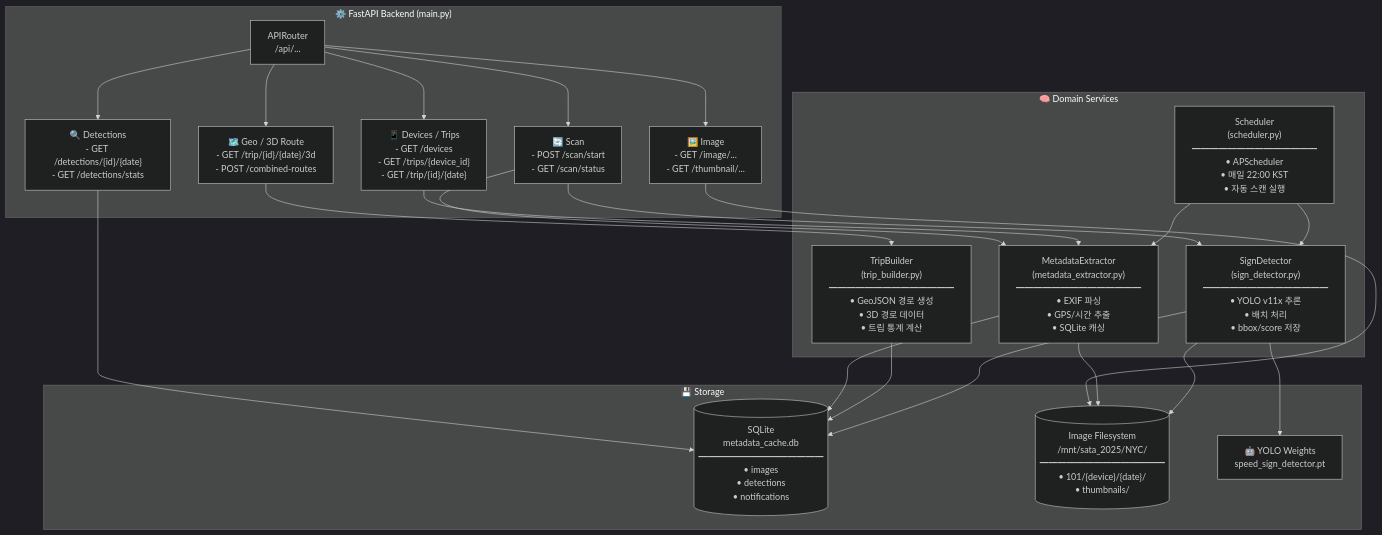
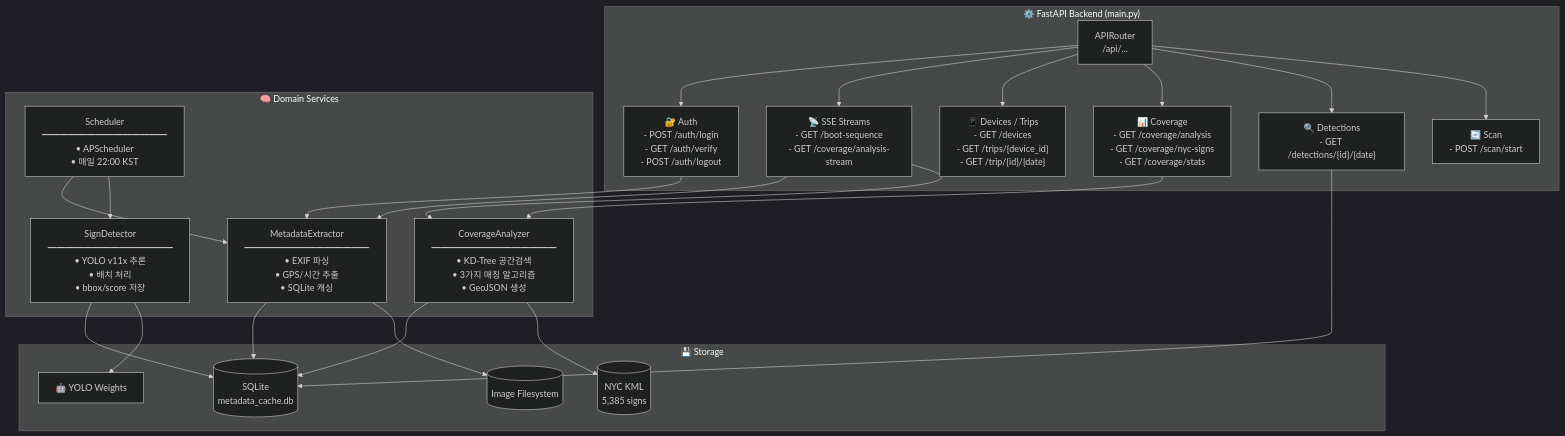
Before and after one commit to dareesoft/nyc-vehicle-tracker: the seventh of 9 diagrams in README.md, drawn with Mermaid (dark theme). The commit also changed other lines of this file and 8 other files, not shown here.

````diff
--- a/README.md
+++ b/README.md
@@ -222,41 +320,42 @@
 ```mermaid
 flowchart TB
     subgraph FastAPI["⚙️ FastAPI Backend (main.py)"]
         ROUTER["APIRouter<br/>/api/..."]
         
+        ROUTER --> AUTH_EP["🔐 Auth<br/>- POST /auth/login<br/>- GET /auth/verify<br/>- POST /auth/logout"]
+        ROUTER --> SSE_EP["📡 SSE Streams<br/>- GET /boot-sequence<br/>- GET /coverage/analysis-stream"]
         ROUTER --> DEV_EP["📱 Devices / Trips<br/>- GET /devices<br/>- GET /trips/{device_id}<br/>- GET /trip/{id}/{date}"]
-        ROUTER --> GEO_EP["🗺️ Geo / 3D Route<br/>- GET /trip/{id}/{date}/3d<br/>- POST /combined-routes"]
-        ROUTER --> IMG_EP["🖼️ Image<br/>- GET /image/...<br/>- GET /thumbnail/..."]
-        ROUTER --> DET_EP["🔍 Detections<br/>- GET /detections/{id}/{date}<br/>- GET /detections/stats"]
-        ROUTER --> SCAN_EP["🔄 Scan<br/>- POST /scan/start<br/>- GET /scan/status"]
+        ROUTER --> COV_EP["📊 Coverage<br/>- GET /coverage/analysis<br/>- GET /coverage/nyc-signs<br/>- GET /coverage/stats"]
+        ROUTER --> DET_EP["🔍 Detections<br/>- GET /detections/{id}/{date}"]
+        ROUTER --> SCAN_EP["🔄 Scan<br/>- POST /scan/start"]
     end
 
     subgraph Services["🧠 Domain Services"]
-        META["MetadataExtractor<br/>(metadata_extractor.py)<br/>━━━━━━━━━━━━━━<br/>• EXIF 파싱<br/>• GPS/시간 추출<br/>• SQLite 캐싱"]
-        TRIPB["TripBuilder<br/>(trip_builder.py)<br/>━━━━━━━━━━━━━━<br/>• GeoJSON 경로 생성<br/>• 3D 경로 데이터<br/>• 트립 통계 계산"]
-        SIGN["SignDetector<br/>(sign_detector.py)<br/>━━━━━━━━━━━━━━<br/>• YOLO v11x 추론<br/>• 배치 처리<br/>• bbox/score 저장"]
-        SCHED["Scheduler<br/>(scheduler.py)<br/>━━━━━━━━━━━━━━<br/>• APScheduler<br/>• 매일 22:00 KST<br/>• 자동 스캔 실행"]
+        META["MetadataExtractor<br/>━━━━━━━━━━━━━━<br/>• EXIF 파싱<br/>• GPS/시간 추출<br/>• SQLite 캐싱"]
+        COVANA["CoverageAnalyzer<br/>━━━━━━━━━━━━━━<br/>• KD-Tree 공간검색<br/>• 3가지 매칭 알고리즘<br/>• GeoJSON 생성"]
+        SIGN["SignDetector<br/>━━━━━━━━━━━━━━<br/>• YOLO v11x 추론<br/>• 배치 처리<br/>• bbox/score 저장"]
+        SCHED["Scheduler<br/>━━━━━━━━━━━━━━<br/>• APScheduler<br/>• 매일 22:00 KST"]
     end
 
     subgraph Storage["💾 Storage"]
-        DB[("SQLite<br/>metadata_cache.db<br/>━━━━━━━━━━━━━━<br/>• images<br/>• detections<br/>• notifications")]
-        IMGFS[("Image Filesystem<br/>/mnt/sata_2025/NYC/<br/>━━━━━━━━━━━━━━<br/>• 101/{device}/{date}/<br/>• thumbnails/")]
-        WEIGHTS["🤖 YOLO Weights<br/>speed_sign_detector.pt"]
+        DB[("SQLite<br/>metadata_cache.db")]
+        KML[("NYC KML<br/>5,385 signs")]
+        IMGFS[("Image Filesystem")]
+        WEIGHTS["🤖 YOLO Weights"]
     end
 
-    SCAN_EP --> META
-    SCAN_EP --> SIGN
-    DEV_EP --> META
-    GEO_EP --> TRIPB
-    IMG_EP --> IMGFS
+    AUTH_EP --> META
+    SSE_EP --> META
+    SSE_EP --> COVANA
+    COV_EP --> COVANA
     DET_EP --> DB
     
     META --> DB
     META --> IMGFS
-    TRIPB --> DB
+    COVANA --> DB
+    COVANA --> KML
     SIGN --> DB
-    SIGN --> IMGFS
     SIGN --> WEIGHTS
     SCHED --> META
     SCHED --> SIGN
 ```
````
